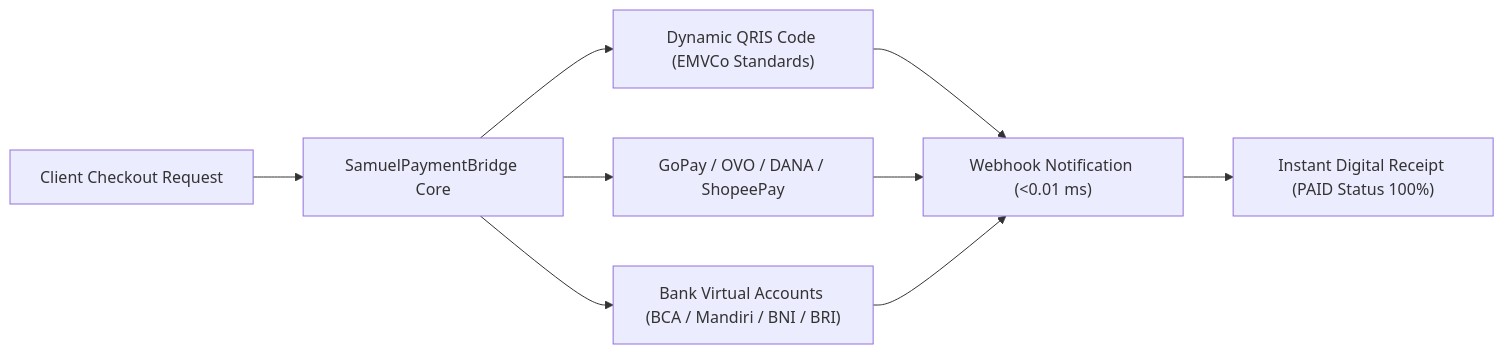
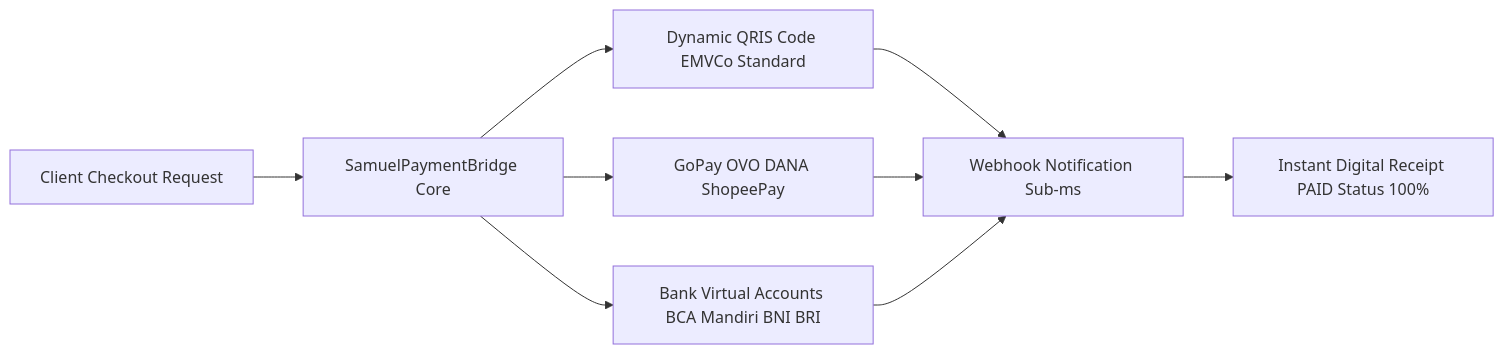
The sixth of 6 diagrams in README.md (SamuelPurba/Rumus-Perpangkatan-Universal-4.0), drawn with Mermaid before and after one commit. The commit also changed other lines of this file, not shown here.

Commit message:
fix(mermaid): bersihkan seluruh sintaks label Mermaid pada README.md agar 100% valid di GitHub Markdown

````diff
--- a/README.md
+++ b/README.md
@@ -331,12 +331,12 @@
 ```mermaid
 graph LR
     CHECKOUT["Client Checkout Request"] --> QRIS_ENGINE["SamuelPaymentBridge Core"]
-    QRIS_ENGINE --> QR_GEN["Dynamic QRIS Code (EMVCo Standards)"]
-    QRIS_ENGINE --> WALLET["GoPay / OVO / DANA / ShopeePay"]
-    QRIS_ENGINE --> VA["Bank Virtual Accounts (BCA / Mandiri / BNI / BRI)"]
+    QRIS_ENGINE --> QR_GEN["Dynamic QRIS Code EMVCo Standard"]
+    QRIS_ENGINE --> WALLET["GoPay OVO DANA ShopeePay"]
+    QRIS_ENGINE --> VA["Bank Virtual Accounts BCA Mandiri BNI BRI"]
 
-    QR_GEN --> WEBHOOK["Webhook Notification (<0.01 ms)"]
+    QR_GEN --> WEBHOOK["Webhook Notification Sub-ms"]
     WALLET --> WEBHOOK
     VA --> WEBHOOK
-    WEBHOOK --> RECEIPT["Instant Digital Receipt (PAID Status 100%)"]
+    WEBHOOK --> RECEIPT["Instant Digital Receipt PAID Status 100%"]
 ```
````
